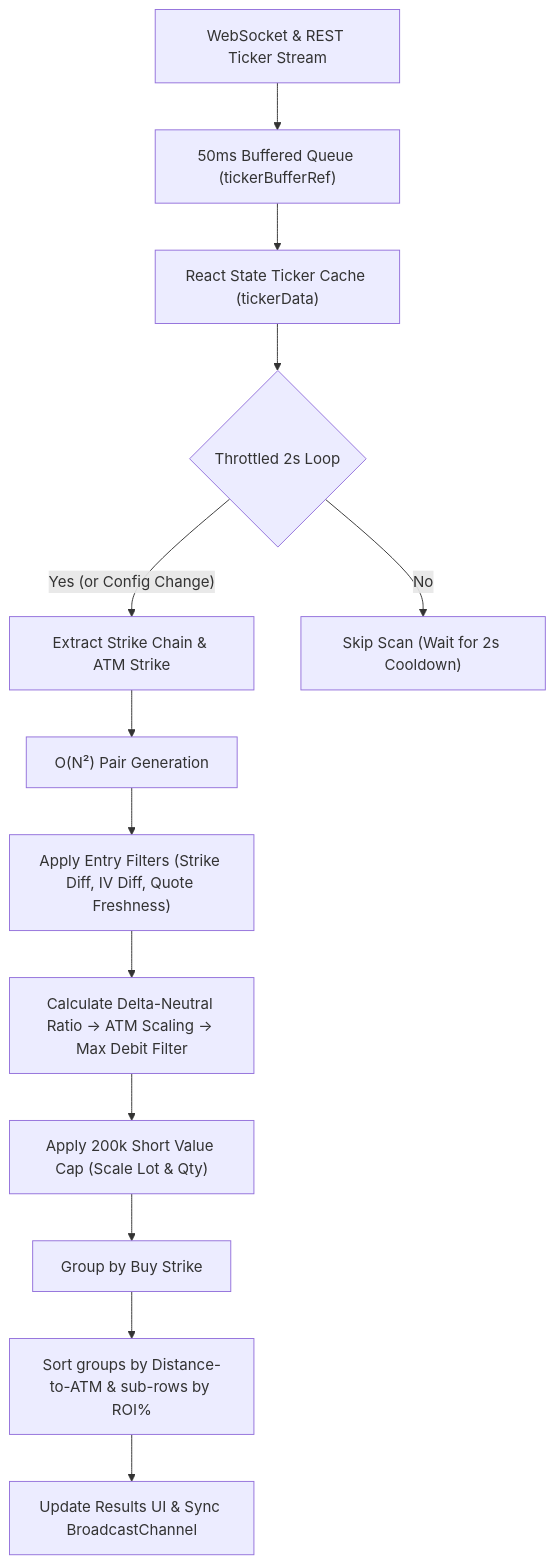
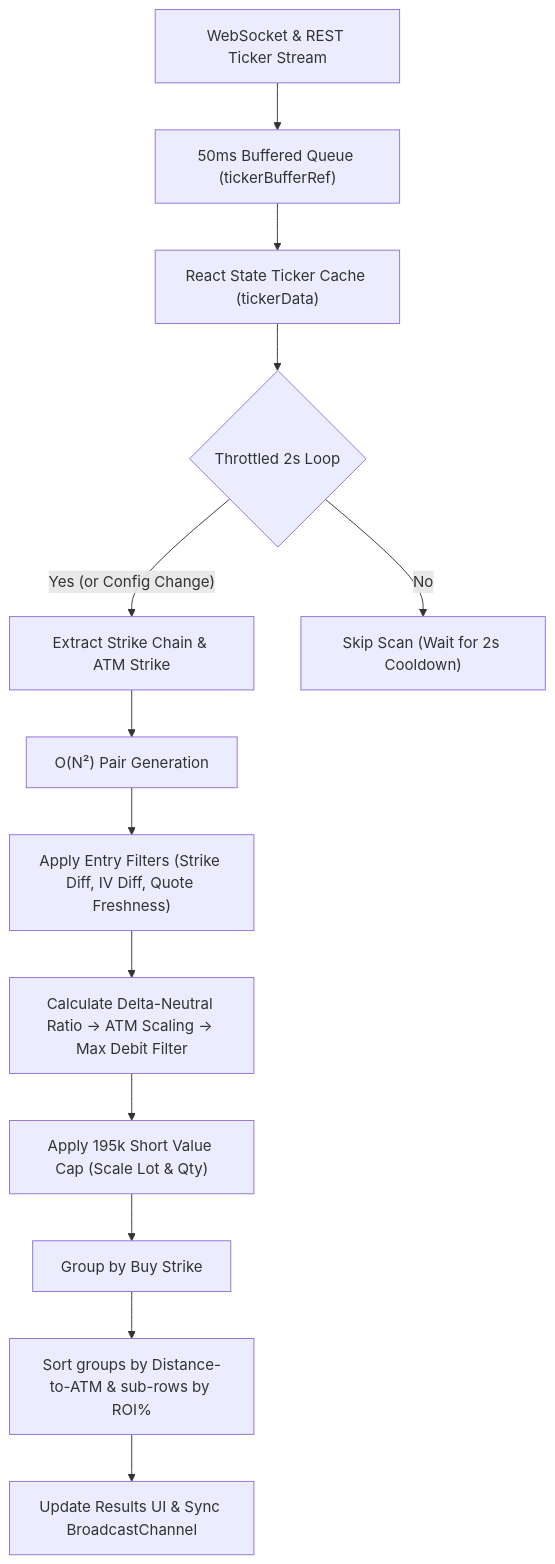
The diagram in docs/ratio_spread_explained.md (Vitti-Capital-Tech/Option_Scope), drawn with Mermaid before and after one commit. The commit also changed other lines of this file and 8 other files, not shown here.

Commit message:
fixed the push of notional value and lot size for live trading

````diff
--- a/docs/ratio_spread_explained.md
+++ b/docs/ratio_spread_explained.md
@@ -198,17 +198,17 @@
 ```mermaid
 flowchart TD
     A["WebSocket & REST Ticker Stream"] --> B["50ms Buffered Queue (tickerBufferRef)"]
     B --> C["React State Ticker Cache (tickerData)"]
     C --> D{"Throttled 2s Loop"}
     
     D -->|"Yes (or Config Change)"| E["Extract Strike Chain & ATM Strike"]
     D -->|"No"| F["Skip Scan (Wait for 2s Cooldown)"]
     
     E --> G["O(N²) Pair Generation"]
     G --> H["Apply Entry Filters (Strike Diff, IV Diff, Quote Freshness)"]
     H --> I["Calculate Delta-Neutral Ratio → ATM Scaling → Max Debit Filter"]
-    I --> J["Apply 200k Short Value Cap (Scale Lot & Qty)"]
+    I --> J["Apply 195k Short Value Cap (Scale Lot & Qty)"]
     J --> K["Group by Buy Strike"]
     K --> L["Sort groups by Distance-to-ATM & sub-rows by ROI%"]
     L --> M["Update Results UI & Sync BroadcastChannel"]
 ```
````
